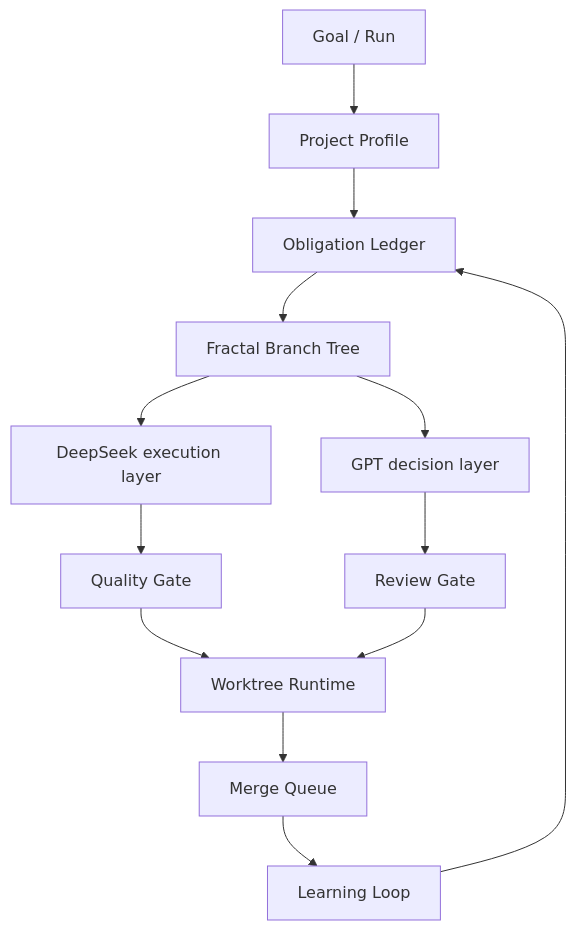
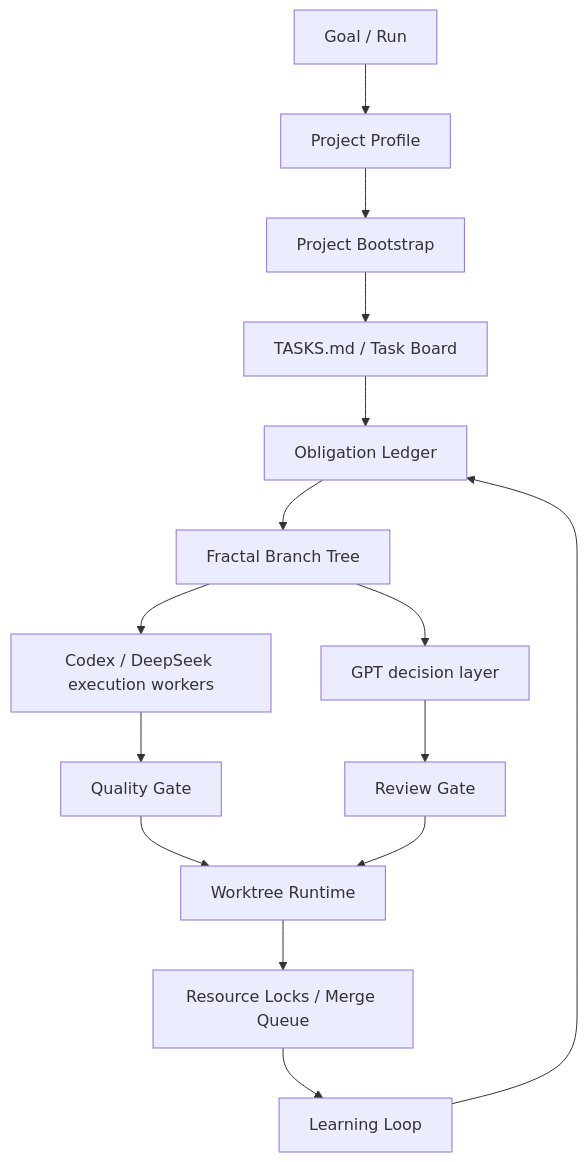
One commit to CS-Samuel-hamo/fractal-agent-governance changed the diagram in README.md. Above: the diagram before and after it, drawn with Mermaid. The commit also changed other lines of this file and 238 other files, not shown here.

````diff
--- a/README.md
+++ b/README.md
@@ -23,15 +28,17 @@
 ```mermaid
 flowchart TD
   A[Goal / Run] --> B[Project Profile]
-  B --> C[Obligation Ledger]
-  C --> D[Fractal Branch Tree]
-  D --> E[DeepSeek execution layer]
-  D --> F[GPT decision layer]
-  E --> G[Quality Gate]
-  F --> H[Review Gate]
-  G --> I[Worktree Runtime]
-  H --> I
-  I --> J[Merge Queue]
-  J --> K[Learning Loop]
-  K --> C
+  B --> C[Project Bootstrap]
+  C --> D[TASKS.md / Task Board]
+  D --> E[Obligation Ledger]
+  E --> F[Fractal Branch Tree]
+  F --> G[Codex / DeepSeek execution workers]
+  F --> H[GPT decision layer]
+  G --> I[Quality Gate]
+  H --> J[Review Gate]
+  I --> K[Worktree Runtime]
+  J --> K
+  K --> L[Resource Locks / Merge Queue]
+  L --> M[Learning Loop]
+  M --> E
 ```
````
